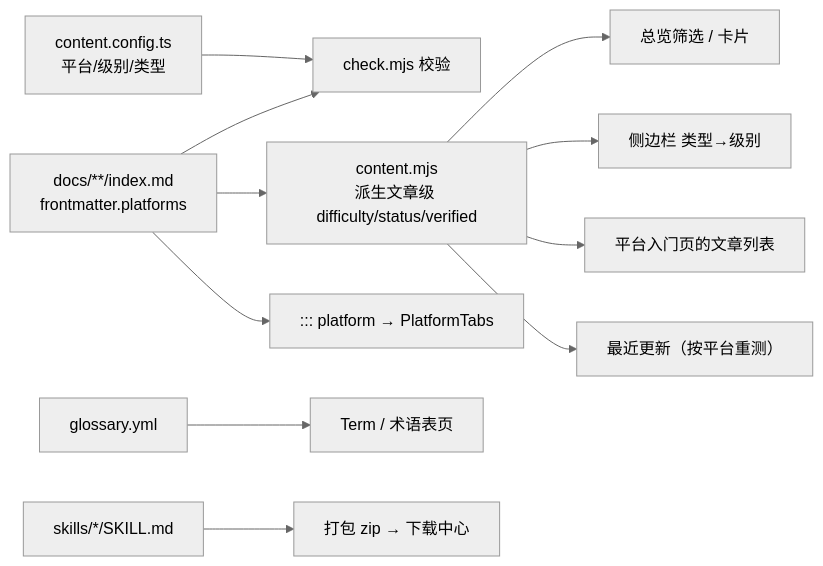
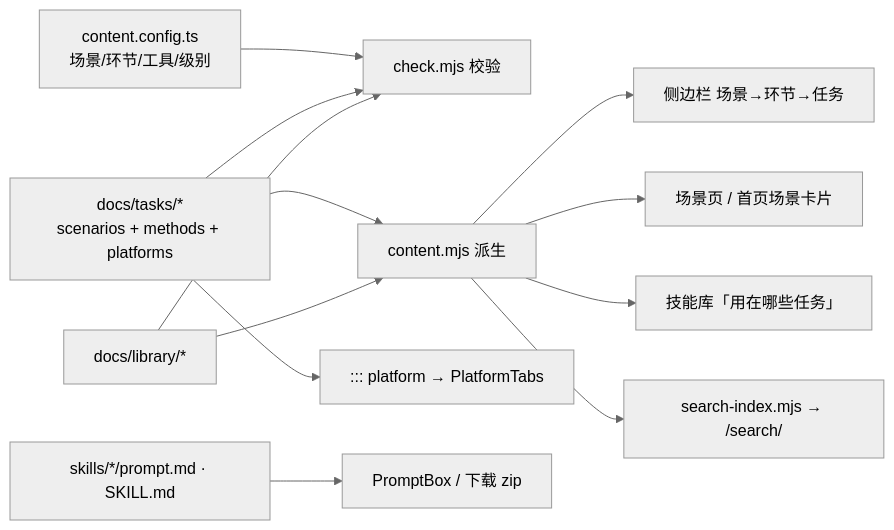
Before and after one commit to zbwork/WorkSmarterWithAI: the diagram in design/设计文档.md, drawn with Mermaid (neutral theme). The commit also changed other lines of this file and 3 other files, not shown here.

````diff
--- a/design/设计文档.md
+++ b/design/设计文档.md
@@ -427,13 +468,14 @@
 ```mermaid
 flowchart LR
-  CFG[content.config.ts<br/>平台/级别/类型] --> CHK[check.mjs 校验]
-  MD[docs/**/index.md<br/>frontmatter.platforms] --> CHK
-  MD --> DER[content.mjs<br/>派生文章级 difficulty/status/verified]
-  DER --> CAT[总览筛选 / 卡片]
-  DER --> SB[侧边栏 类型→级别]
-  DER --> PF[平台入门页的文章列表]
-  DER --> CL[最近更新（按平台重测）]
-  MD --> TABS[::: platform → PlatformTabs]
-  GL[glossary.yml] --> TERM[Term / 术语表页]
-  SK[skills/*/SKILL.md] --> ZIP[打包 zip → 下载中心]
+  CFG[content.config.ts<br/>场景/环节/工具/级别] --> CHK[check.mjs 校验]
+  TASK[docs/tasks/*<br/>scenarios + methods + platforms] --> CHK
+  LIB[docs/library/*] --> CHK
+  TASK --> DER[content.mjs 派生]
+  LIB --> DER
+  DER --> SB[侧边栏 场景→环节→任务]
+  DER --> SC[场景页 / 首页场景卡片]
+  DER --> USED[技能库「用在哪些任务」]
+  DER --> IDX[search-index.mjs → /search/]
+  TASK --> TABS[::: platform → PlatformTabs]
+  SK[skills/*/prompt.md · SKILL.md] --> PB[PromptBox / 下载 zip]
 ```
````
